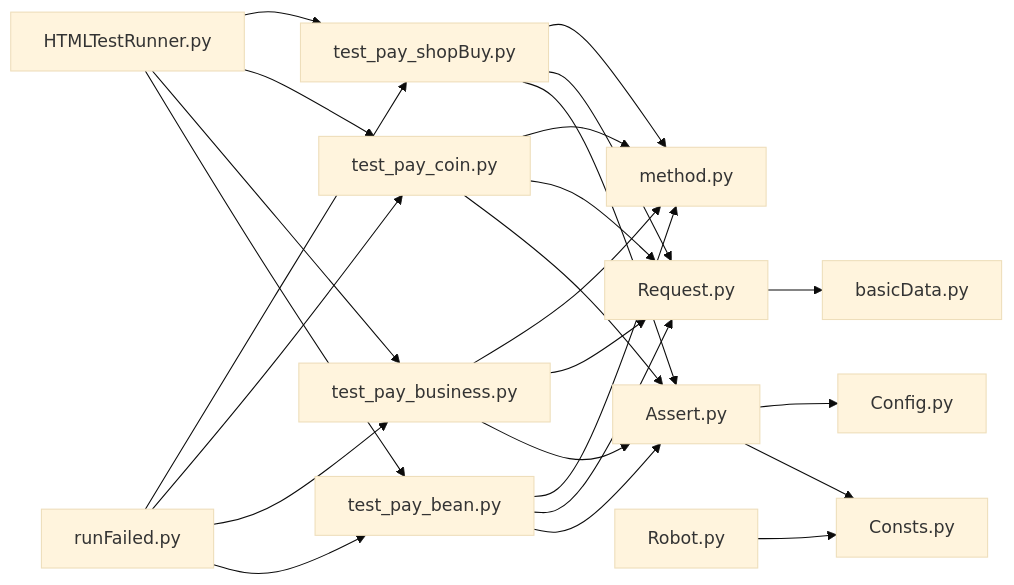
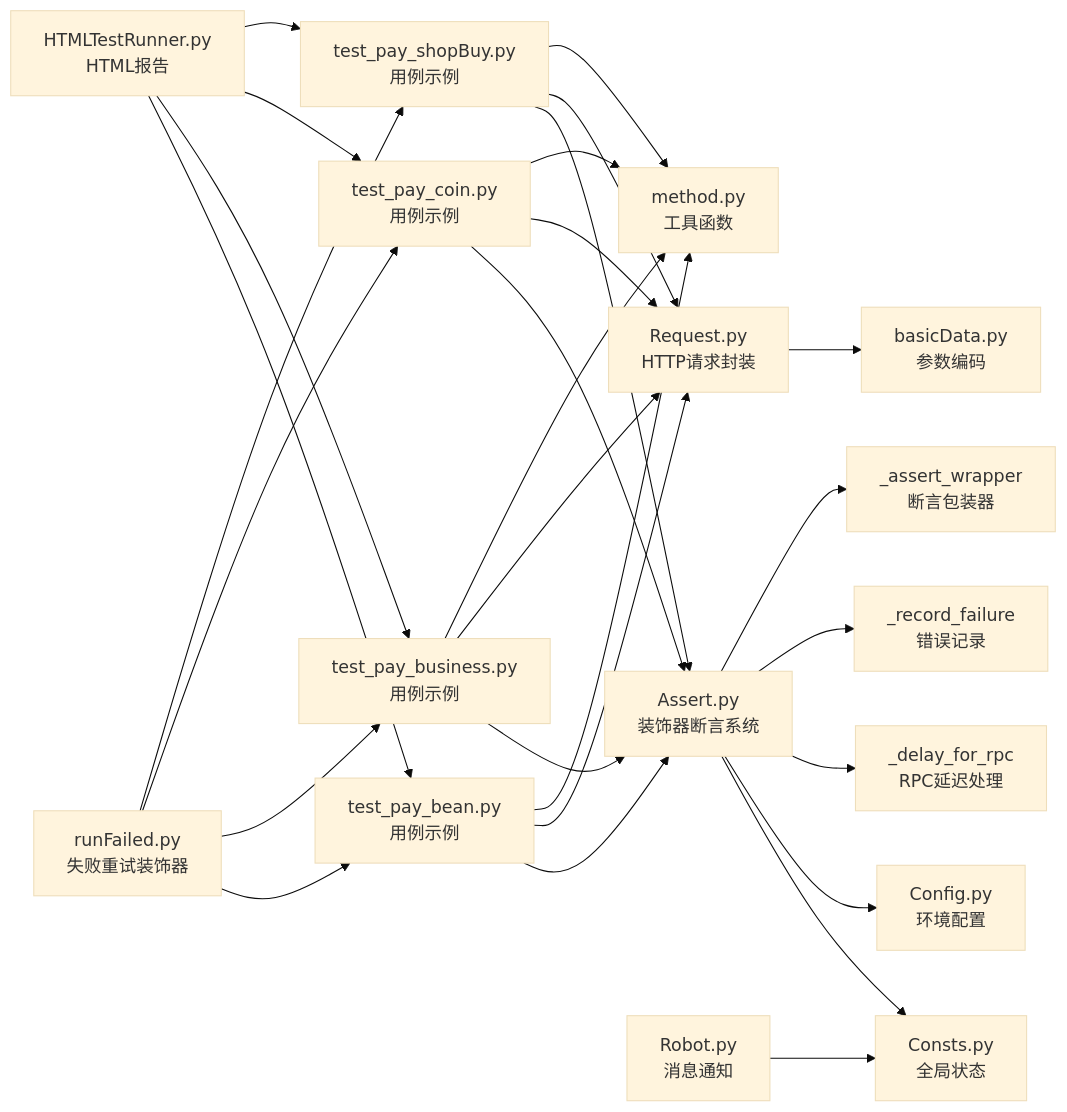
Before and after one commit to liximing1-ola/qa-payTest: the fourth of 4 diagrams in .qoder/repowiki/zh/content/核心模块/断言验证模块.md, drawn with Mermaid (base theme). The commit also changed other lines of this file and 13 other files, not shown here.

````diff
--- a/.qoder/repowiki/zh/content/核心模块/断言验证模块.md
+++ b/.qoder/repowiki/zh/content/核心模块/断言验证模块.md
@@ -311,27 +384,30 @@
 ```mermaid
 graph LR
-Assert["Assert.py"] --> Consts["Consts.py"]
-Assert --> Config["Config.py"]
-CaseBean["test_pay_bean.py"] --> Assert
-CaseBiz["test_pay_business.py"] --> Assert
-CaseCoin["test_pay_coin.py"] --> Assert
-CaseShop["test_pay_shopBuy.py"] --> Assert
-CaseBean --> Req["Request.py"]
+Assert["Assert.py<br/>装饰器断言系统"] --> Consts["Consts.py<br/>全局状态"]
+Assert --> Config["Config.py<br/>环境配置"]
+Assert --> Delay["_delay_for_rpc<br/>RPC延迟处理"]
+Assert --> Record["_record_failure<br/>错误记录"]
+Assert --> Wrapper["_assert_wrapper<br/>断言包装器"]
+CaseBean["test_pay_bean.py<br/>用例示例"] --> Assert
+CaseBiz["test_pay_business.py<br/>用例示例"] --> Assert
+CaseCoin["test_pay_coin.py<br/>用例示例"] --> Assert
+CaseShop["test_pay_shopBuy.py<br/>用例示例"] --> Assert
+CaseBean --> Req["Request.py<br/>HTTP请求封装"]
 CaseBiz --> Req
 CaseCoin --> Req
 CaseShop --> Req
-Req --> BasicData["basicData.py"]
-CaseBean --> Method["method.py"]
+Req --> BasicData["basicData.py<br/>参数编码"]
+CaseBean --> Method["method.py<br/>工具函数"]
 CaseBiz --> Method
 CaseCoin --> Method
 CaseShop --> Method
-Retry["runFailed.py"] --> CaseBean
+Retry["runFailed.py<br/>失败重试装饰器"] --> CaseBean
 Retry --> CaseBiz
 Retry --> CaseCoin
 Retry --> CaseShop
-HTML["HTMLTestRunner.py"] --> CaseBean
+HTML["HTMLTestRunner.py<br/>HTML报告"] --> CaseBean
 HTML --> CaseBiz
 HTML --> CaseCoin
 HTML --> CaseShop
-Robot["Robot.py"] --> Consts
+Robot["Robot.py<br/>消息通知"] --> Consts
 ```
````
